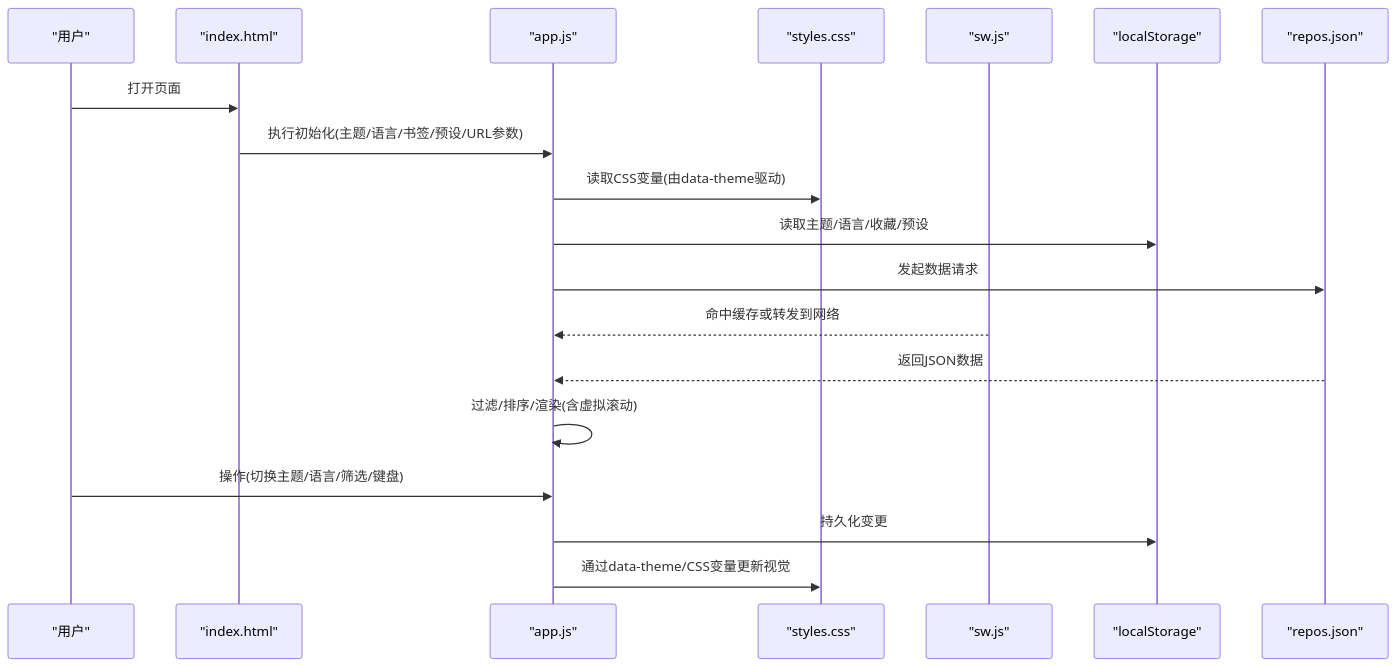
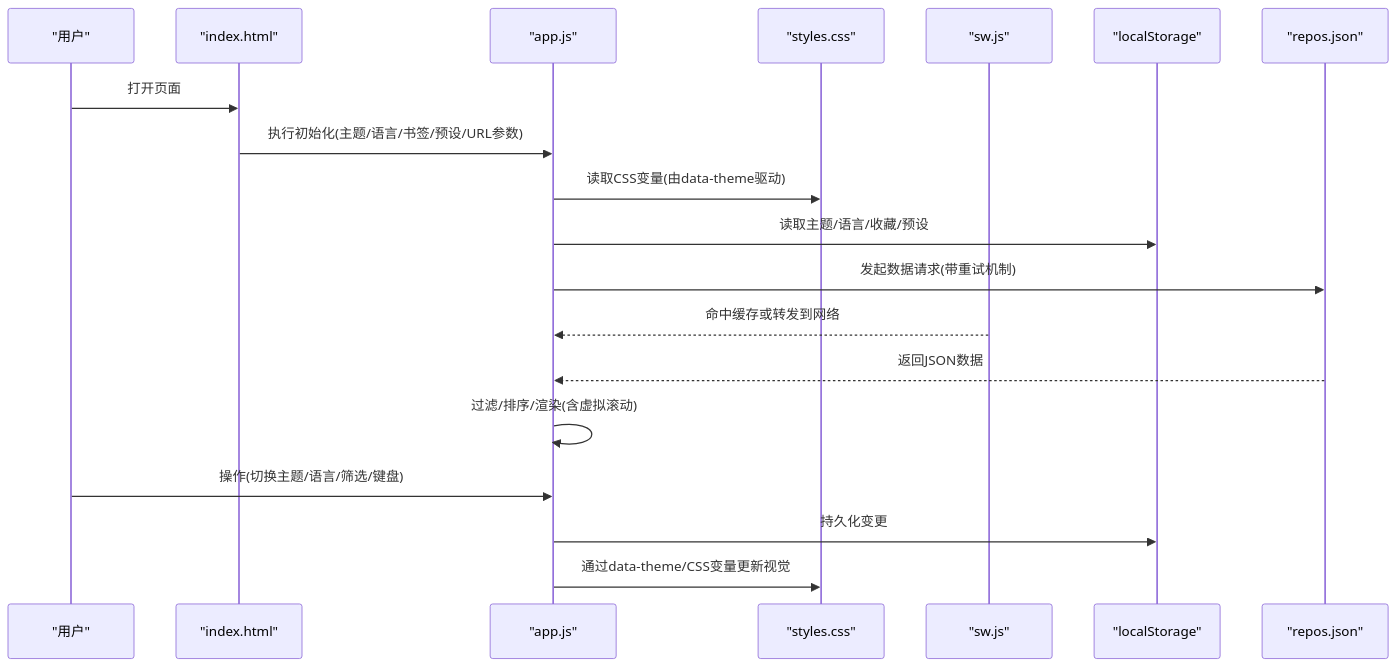
One commit to allengaller/repo-database changed the second of 10 diagrams in .qoder/repowiki/zh/content/核心功能/用户体验优化/用户体验优化.md. Above: the diagram before and after it, drawn with Mermaid. The commit also changed other lines of this file and 38 other files, not shown here.

````diff
--- a/.qoder/repowiki/zh/content/核心功能/用户体验优化/用户体验优化.md
+++ b/.qoder/repowiki/zh/content/核心功能/用户体验优化/用户体验优化.md
@@ -71,21 +81,21 @@
 ```mermaid
 sequenceDiagram
 participant U as "用户"
 participant H as "index.html"
 participant J as "app.js"
 participant S as "styles.css"
 participant SW as "sw.js"
 participant FS as "localStorage"
 participant API as "repos.json"
 U->>H : 打开页面
 H->>J : 执行初始化(主题/语言/书签/预设/URL参数)
 J->>S : 读取CSS变量(由data-theme驱动)
 J->>FS : 读取主题/语言/收藏/预设
-J->>API : 发起数据请求
+J->>API : 发起数据请求(带重试机制)
 SW-->>J : 命中缓存或转发到网络
 API-->>J : 返回JSON数据
 J->>J : 过滤/排序/渲染(含虚拟滚动)
 U->>J : 操作(切换主题/语言/筛选/键盘)
 J->>FS : 持久化变更
 J->>S : 通过data-theme/CSS变量更新视觉
 ```
````
